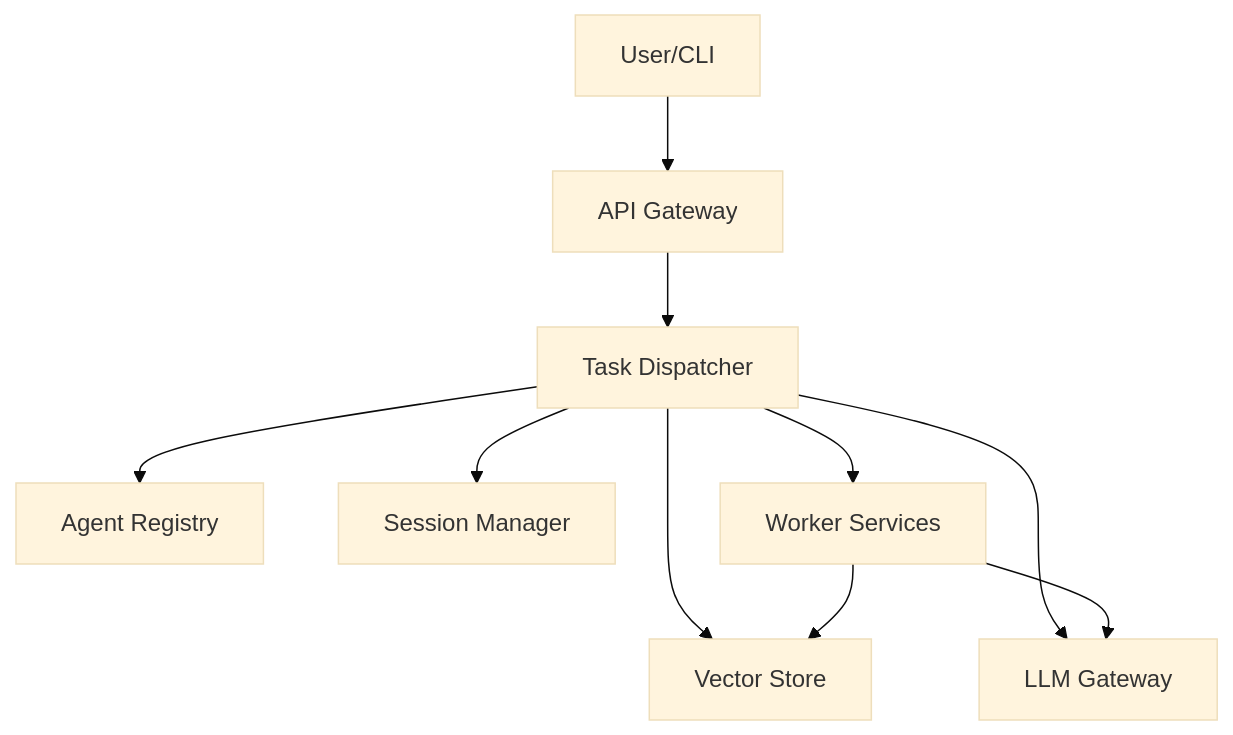
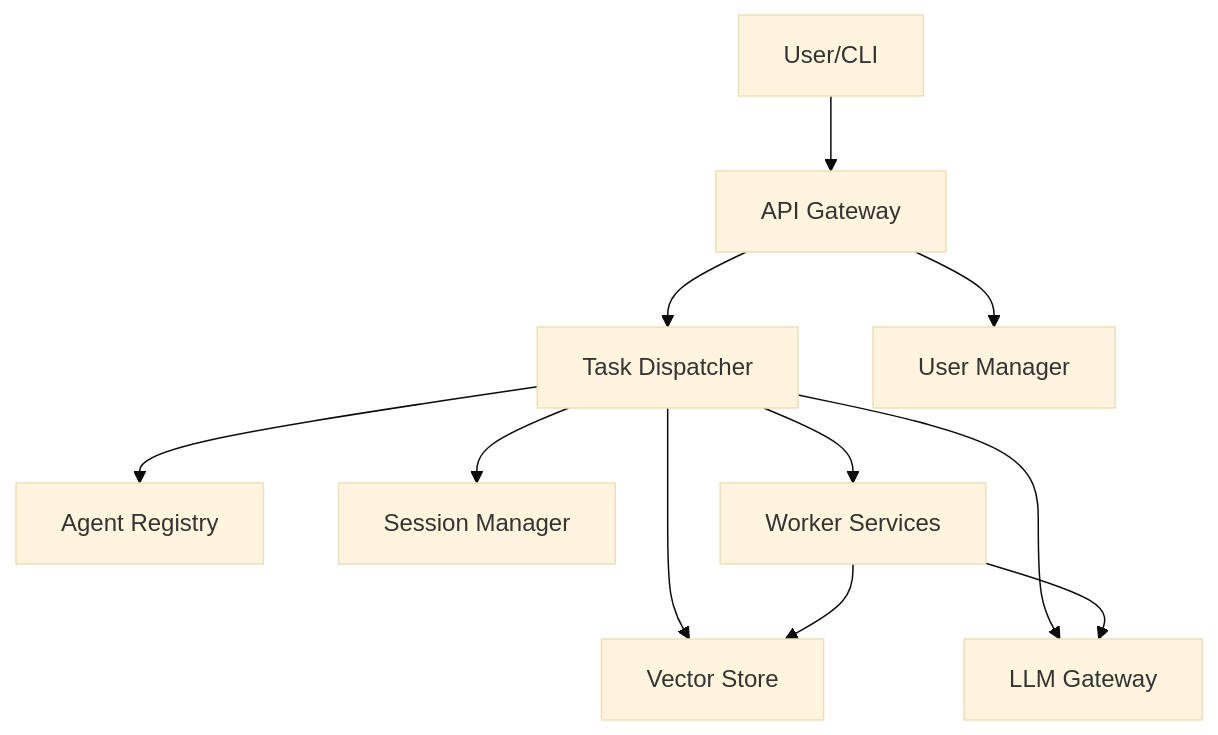
The diagram in docs/architecture/system_architecture.md (Modularium/Agent-NN), drawn with Mermaid (base theme) before and after one commit. The commit also changed other lines of this file and 17 other files, not shown here.

Commit message:
Add user manager service

````diff
--- a/docs/architecture/system_architecture.md
+++ b/docs/architecture/system_architecture.md
@@ -5,12 +5,13 @@
 ```mermaid
 graph TD
     A[User/CLI] --> B[API Gateway]
     B --> C[Task Dispatcher]
+    B --> U[User Manager]
     C --> D[Agent Registry]
     C --> E[Session Manager]
     C --> F[Worker Services]
     C --> G[Vector Store]
     C --> H[LLM Gateway]
     F --> G
     F --> H
 ```
````
